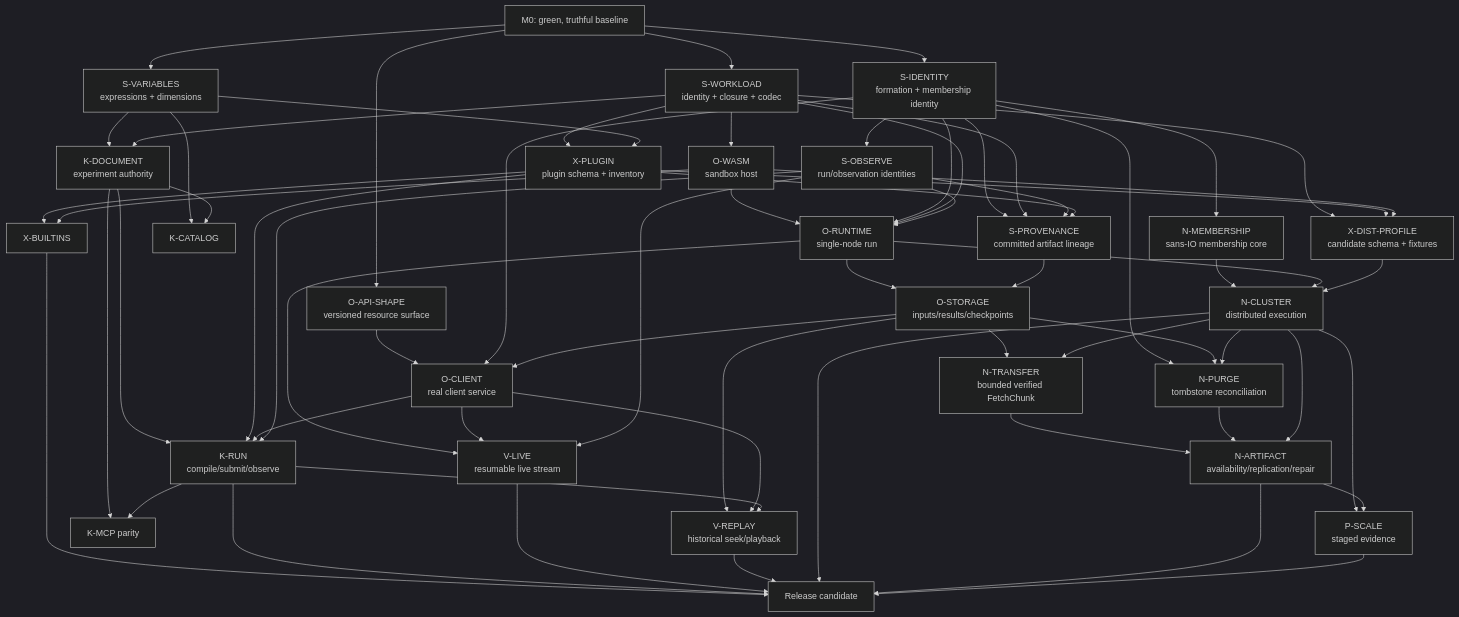
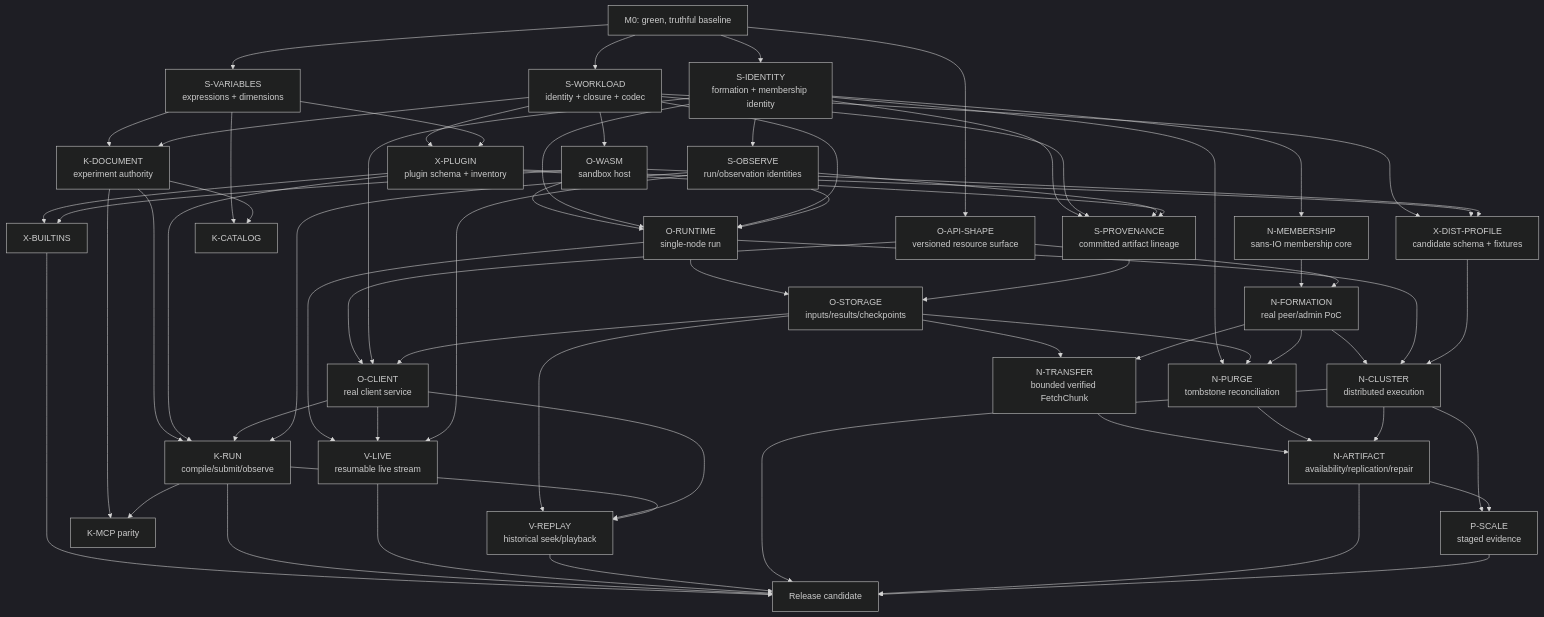
One commit to abbyssoul/orishu-kagami changed the diagram in docs/roadmap/README.md. Above: the diagram before and after it, drawn with Mermaid (dark theme). The commit also changed other lines of this file and 52 other files, not shown here.

Commit message:
roadmap added; membership sans-io crate added

```diff
--- a/docs/roadmap/README.md
+++ b/docs/roadmap/README.md
@@ -167,6 +174,7 @@
     XB["X-BUILTINS"]
 
     NM["N-MEMBERSHIP<br/>sans-IO membership core"]
+    NF["N-FORMATION<br/>real peer/admin PoC"]
     NC["N-CLUSTER<br/>distributed execution"]
     NT["N-TRANSFER<br/>bounded verified FetchChunk"]
     NP["N-PURGE<br/>tombstone reconciliation"]
@@ -217,14 +225,16 @@
     XP --> DP
     OW --> DP
     SI --> NM
-    NM --> NC
+    NM --> NF
+    OA --> NF
+    NF --> NC
     OR --> NC
     DP --> NC
     OS --> NT
-    NC --> NT
+    NF --> NT
     SI --> NP
     OS --> NP
-    NC --> NP
+    NF --> NP
     NT --> NA
     NP --> NA
     NC --> NA
```
